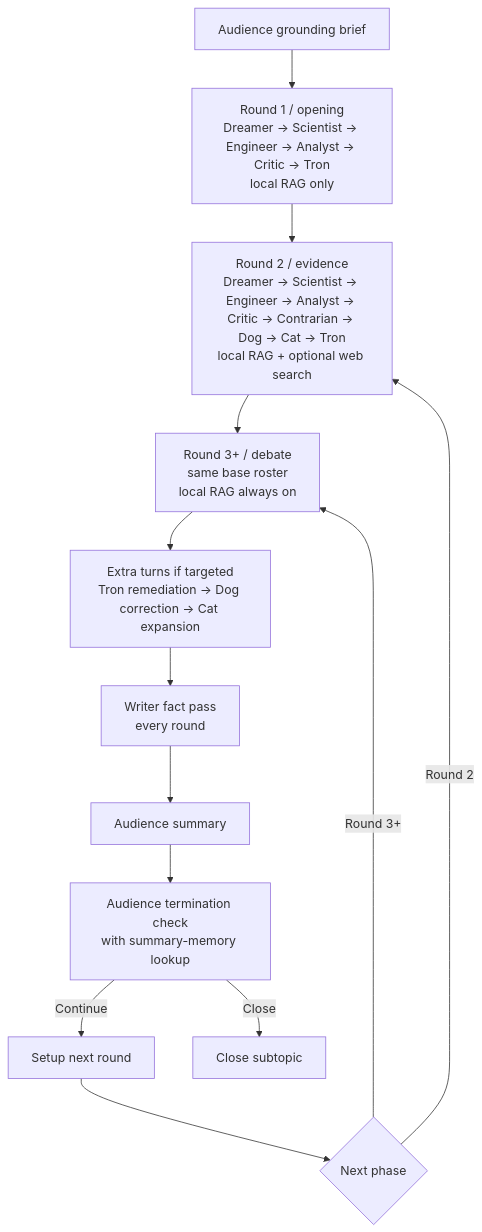
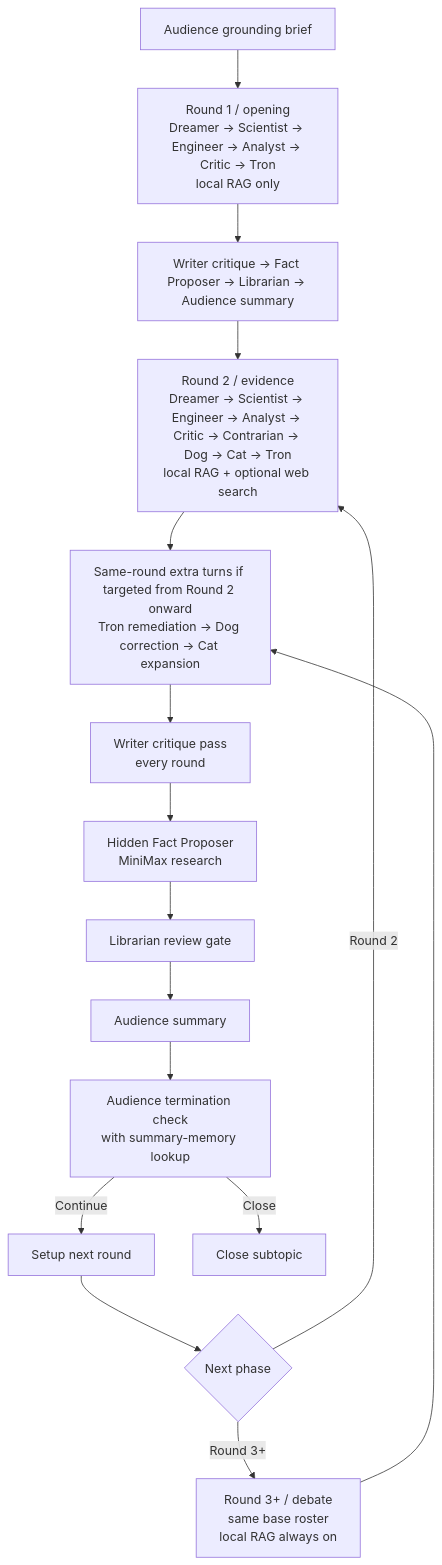
Before and after one commit to G-R-O-X/Grox_chat: the second of 2 diagrams in README.md, drawn with Mermaid. The commit also changed other lines of this file and 3 other files, not shown here.

````diff
--- a/README.md
+++ b/README.md
@@ -46,15 +56,18 @@
 ```mermaid
 flowchart TD
     Grounding[Audience grounding brief] --> Opening[Round 1 / opening<br/>Dreamer -> Scientist -> Engineer -> Analyst -> Critic -> Tron<br/>local RAG only]
-    Opening --> Evidence[Round 2 / evidence<br/>Dreamer -> Scientist -> Engineer -> Analyst -> Critic -> Contrarian -> Dog -> Cat -> Tron<br/>local RAG + optional web search]
-    Evidence --> Debate[Round 3+ / debate<br/>same base roster<br/>local RAG always on]
-    Debate --> Extra[Extra turns if targeted<br/>Tron remediation -> Dog correction -> Cat expansion]
-    Extra --> Writer[Writer fact pass<br/>every round]
-    Writer --> Summary[Audience summary]
+    Opening --> RoundEnd1[Writer critique -> Fact Proposer -> Librarian -> Audience summary]
+    RoundEnd1 --> Evidence[Round 2 / evidence<br/>Dreamer -> Scientist -> Engineer -> Analyst -> Critic -> Contrarian -> Dog -> Cat -> Tron<br/>local RAG + optional web search]
+    Evidence --> Extra[Same-round extra turns if targeted from Round 2 onward<br/>Tron remediation -> Dog correction -> Cat expansion]
+    Debate[Round 3+ / debate<br/>same base roster<br/>local RAG always on] --> Extra
+    Extra --> Writer[Writer critique pass<br/>every round]
+    Writer --> Proposer[Hidden Fact Proposer<br/>MiniMax research]
+    Proposer --> Librarian[Librarian review gate]
+    Librarian --> Summary[Audience summary]
     Summary --> Eval[Audience termination check<br/>with summary-memory lookup]
     Eval -->|Continue| Next[Setup next round]
     Next --> PhaseShift{Next phase}
     PhaseShift -->|Round 2| Evidence
     PhaseShift -->|Round 3+| Debate
     Eval -->|Close| End[Close subtopic]
 ```
````
